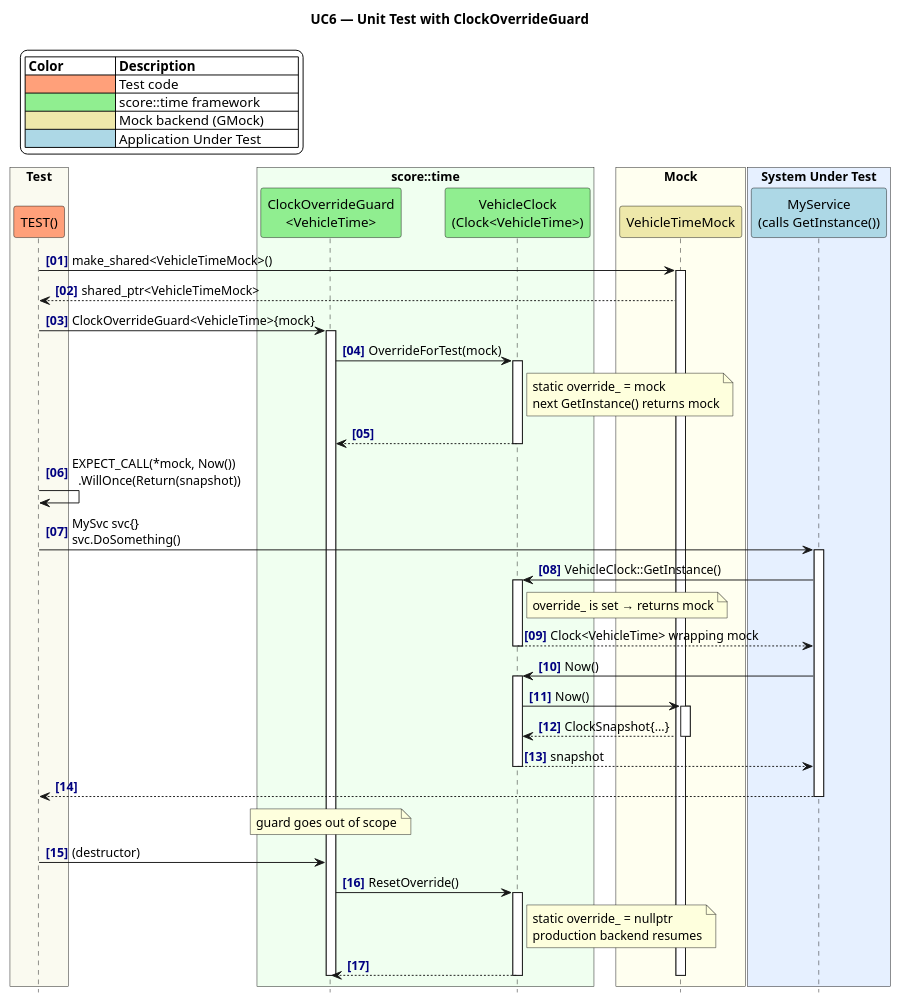
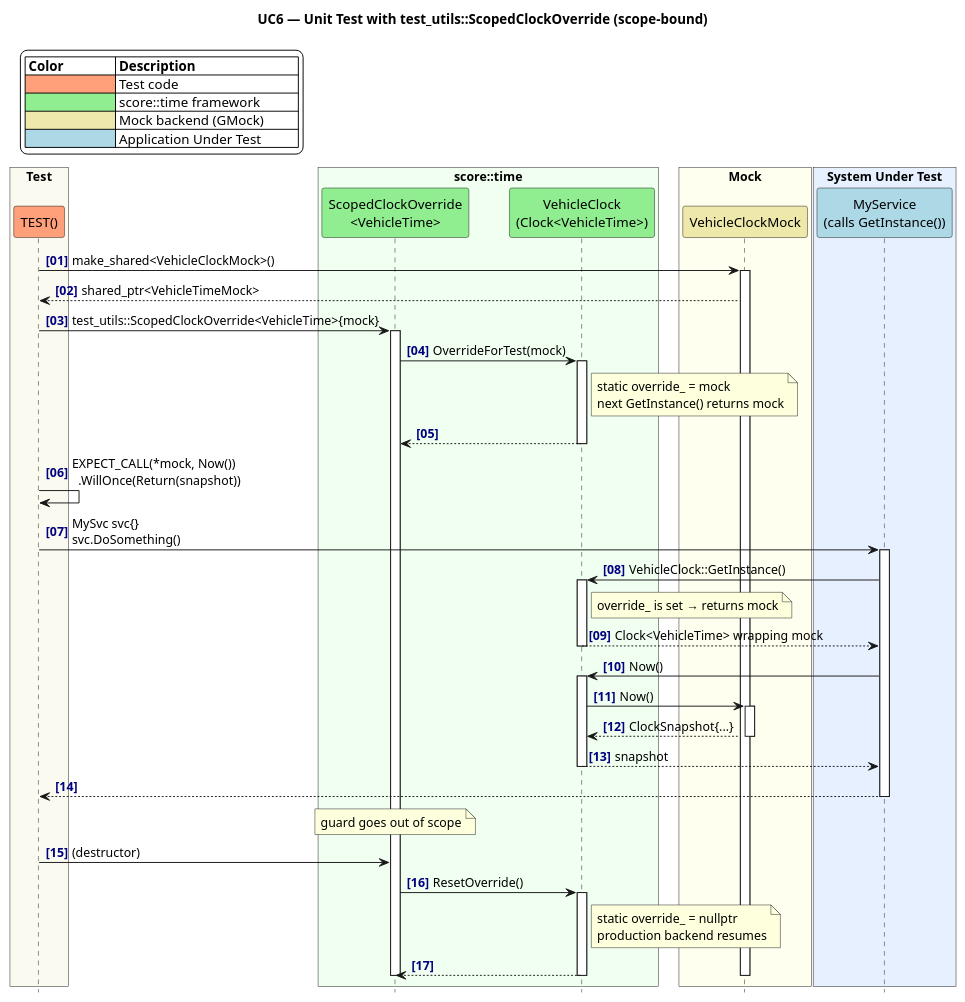
One commit to lavrovvalera/inc_time changed the diagram in docs/time/_assets/uc_testing.puml. Above: the diagram before and after it, drawn with PlantUML. The commit also changed 36 other files, not shown here.

```diff
--- a/docs/time/_assets/uc_testing.puml
+++ b/docs/time/_assets/uc_testing.puml
@@ -1,89 +1,89 @@
 @startuml uc_testing
 
-title UC6 — Unit Test with ClockOverrideGuard
+title UC6 — Unit Test with test_utils::ScopedClockOverride (scope-bound)
 
 skinparam backgroundColor white
 hide footbox
 autonumber "<font color=navy><b>[00]"
 
 legend top left
     |= Color               |= Description                  |
     |<#LightSalmon>        | Test code                     |
     |<#LightGreen>         | score::time framework         |
     |<#PaleGoldenRod>      | Mock backend (GMock)          |
     |<#LightBlue>          | Application Under Test        |
 endlegend
 
 box "Test" #fafaf0
     participant "TEST()" as test #LightSalmon
 end box
 
 box "score::time" #f0fff0
-    participant "ClockOverrideGuard\n<VehicleTime>" as guard #LightGreen
+    participant "ScopedClockOverride\n<VehicleTime>" as guard #LightGreen
     participant "VehicleClock\n(Clock<VehicleTime>)" as clock #LightGreen
 end box
 
 box "Mock" #fffff0
-    participant "VehicleTimeMock" as mock #PaleGoldenRod
+    participant "VehicleClockMock" as mock #PaleGoldenRod
 end box
 
 box "System Under Test" #e6f0ff
     participant "MyService\n(calls GetInstance())" as sut #LightBlue
 end box
 
-test -> mock : make_shared<VehicleTimeMock>()
+test -> mock : make_shared<VehicleClockMock>()
 activate mock
 mock --> test : shared_ptr<VehicleTimeMock>
 
-test -> guard : ClockOverrideGuard<VehicleTime>{mock}
+test -> guard : test_utils::ScopedClockOverride<VehicleTime>{mock}
 activate guard
 guard -> clock : OverrideForTest(mock)
 activate clock
 note right of clock
     static override_ = mock
     next GetInstance() returns mock
 end note
 clock --> guard
 deactivate clock
 
 test -> test : EXPECT_CALL(*mock, Now())\n  .WillOnce(Return(snapshot))
 
 test -> sut : MySvc svc{}\nsvc.DoSomething()
 activate sut
 
 sut -> clock : VehicleClock::GetInstance()
 activate clock
 note right of clock
     override_ is set → returns mock
 end note
 clock --> sut : Clock<VehicleTime> wrapping mock
 deactivate clock
 
 sut -> clock : Now()
 activate clock
 clock -> mock : Now()
 activate mock
 mock --> clock : ClockSnapshot{...}
 deactivate mock
 clock --> sut : snapshot
 deactivate clock
 
 sut --> test
 deactivate sut
 
 note over guard
     guard goes out of scope
 end note
 test -> guard : (destructor)
 guard -> clock : ResetOverride()
 activate clock
 note right of clock
     static override_ = nullptr
     production backend resumes
 end note
 clock --> guard
 deactivate clock
 deactivate guard
 deactivate mock
 
 @enduml
```
